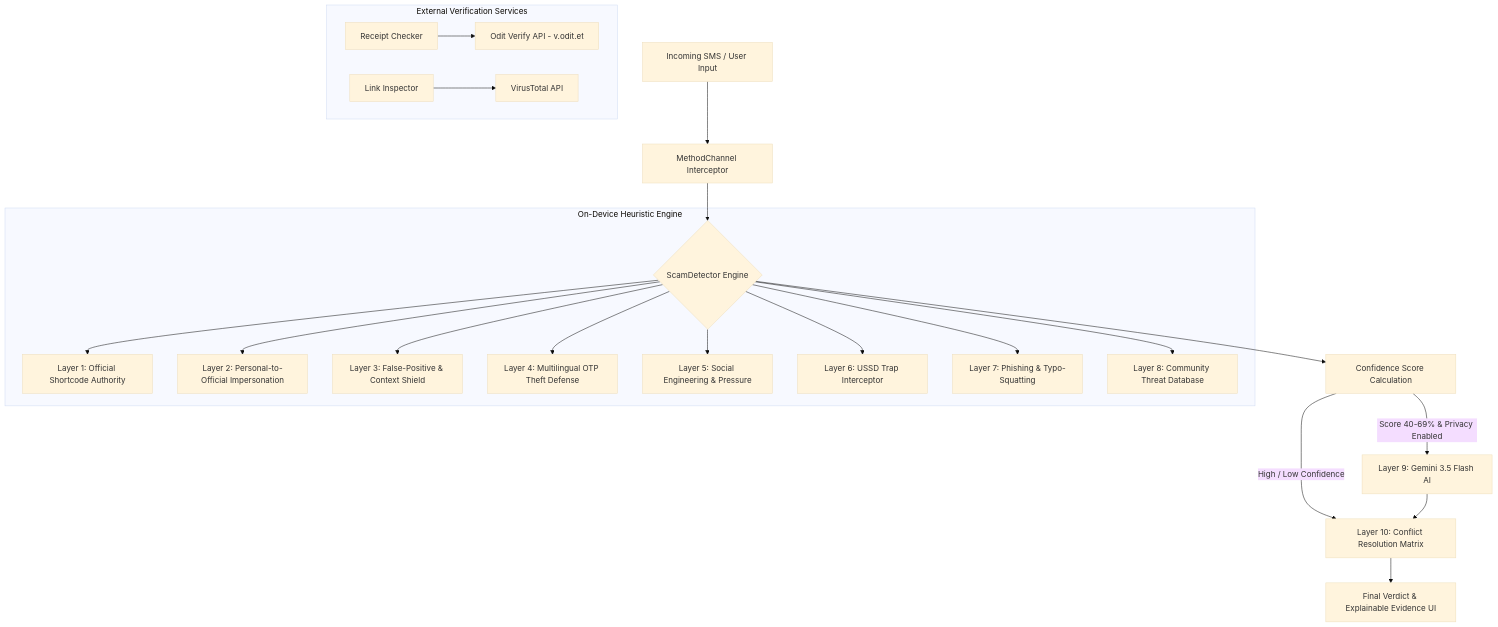
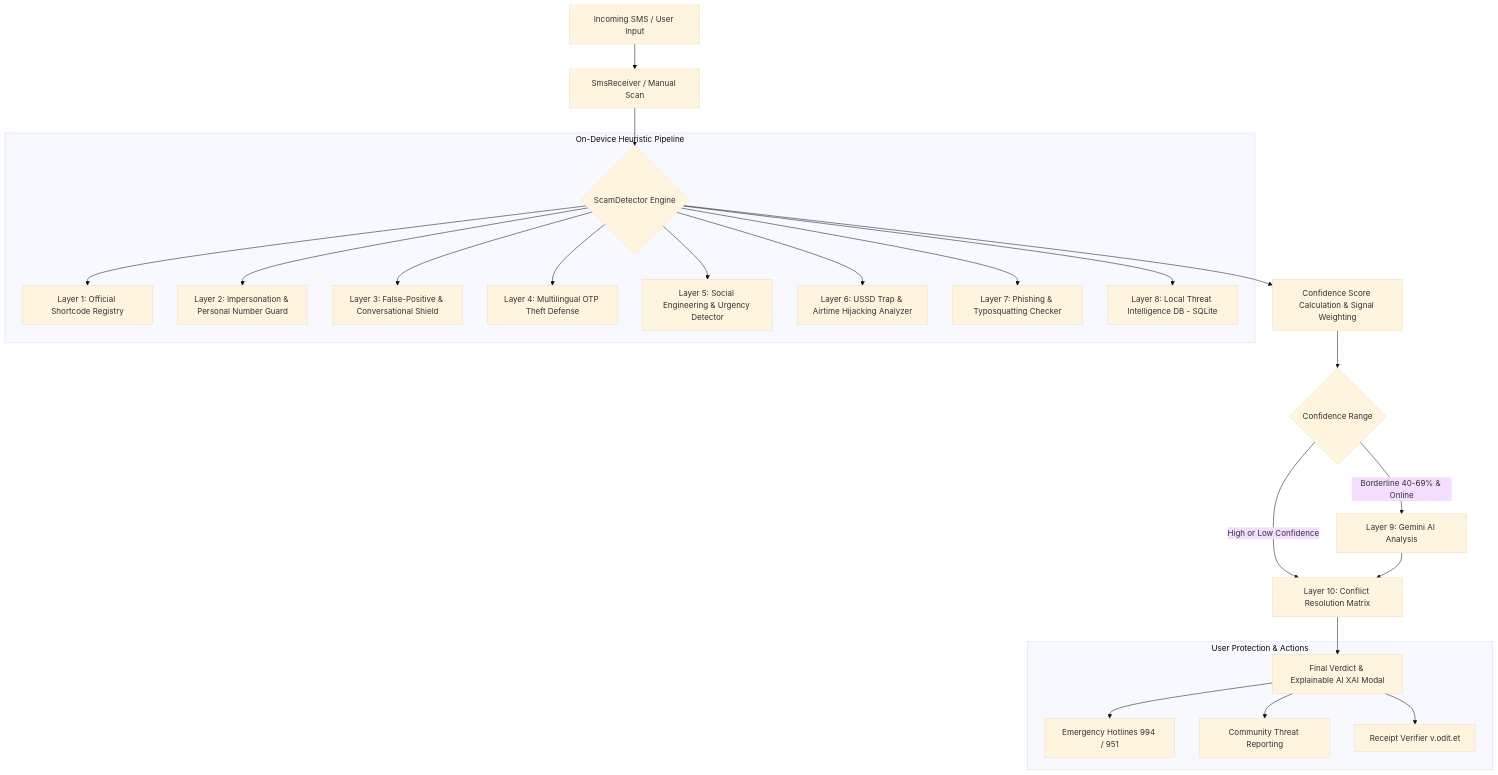
Before and after one commit to amayukf/Meketa-scam-shield: the diagram in README.md, drawn with Mermaid (base theme). The commit also changed other lines of this file and 30 other files, not shown here.

Commit message:
feat: upgrade Meketa with Explainable AI (XAI), Emergency Hotlines, enhanced Gemini assistant, and comprehensive README

````diff
--- a/README.md
+++ b/README.md
@@ -75,29 +79,31 @@
 ```mermaid
 graph TD
-    A[Incoming SMS / User Input] --> B[MethodChannel Interceptor]
+    A[Incoming SMS / User Input] --> B[SmsReceiver / Manual Scan]
     B --> C{ScamDetector Engine}
 
-    subgraph On-Device Heuristic Engine
-        C --> D1[Layer 1: Official Shortcode Authority]
-        C --> D2[Layer 2: Personal-to-Official Impersonation]
-        C --> D3[Layer 3: False-Positive & Context Shield]
-        C --> D4[Layer 4: Multilingual OTP Theft Defense]
-        C --> D5[Layer 5: Social Engineering & Pressure]
-        C --> D6[Layer 6: USSD Trap Interceptor]
-        C --> D7[Layer 7: Phishing & Typo-Squatting]
-        C --> D8[Layer 8: Community Threat Database]
+    subgraph On-Device Heuristic Pipeline
+        C --> L1[Layer 1: Official Shortcode Registry]
+        C --> L2[Layer 2: Impersonation & Personal Number Guard]
+        C --> L3[Layer 3: False-Positive & Conversational Shield]
+        C --> L4[Layer 4: Multilingual OTP Theft Defense]
+        C --> L5[Layer 5: Social Engineering & Urgency Detector]
+        C --> L6[Layer 6: USSD Trap & Airtime Hijacking Analyzer]
+        C --> L7[Layer 7: Phishing & Typosquatting Checker]
+        C --> L8[Layer 8: Local Threat Intelligence DB - SQLite]
     end
 
-    C --> E[Confidence Score Calculation]
+    C --> D[Confidence Score Calculation & Signal Weighting]
 
-    E -->|Score 40-69% & Privacy Enabled| F[Layer 9: Gemini 3.5 Flash AI]
-    E -->|High / Low Confidence| G[Layer 10: Conflict Resolution Matrix]
+    D --> E{Confidence Range}
+    E -->|Borderline 40-69% & Online| F[Layer 9: Gemini AI Analysis]
+    E -->|High or Low Confidence| G[Layer 10: Conflict Resolution Matrix]
     F --> G
 
-    G --> H[Final Verdict & Explainable Evidence UI]
+    G --> H[Final Verdict & Explainable AI XAI Modal]
 
-    subgraph External Verification Services
-        I[Receipt Checker] --> J[Odit Verify API - v.odit.et]
-        K[Link Inspector] --> L[VirusTotal API]
+    subgraph User Protection & Actions
+        H --> I[Emergency Hotlines 994 / 951]
+        H --> J[Community Threat Reporting]
+        H --> K[Receipt Verifier v.odit.et]
     end
 ```
````
